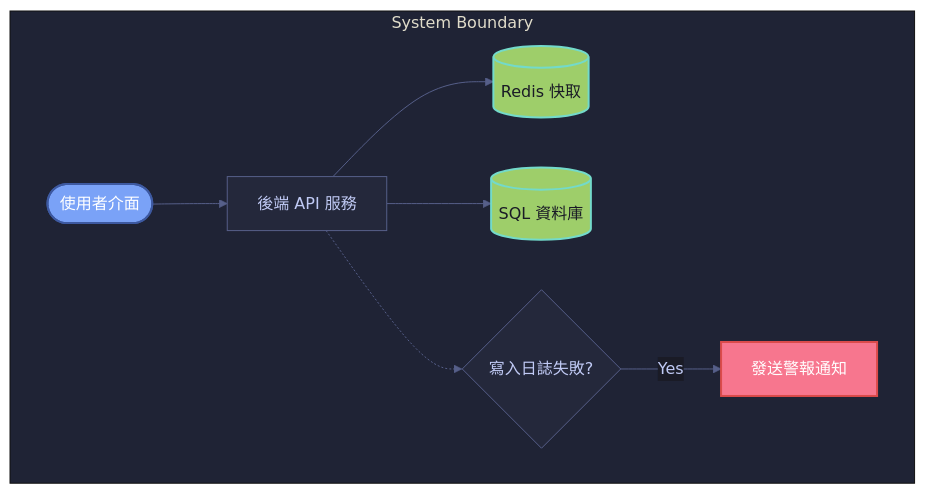
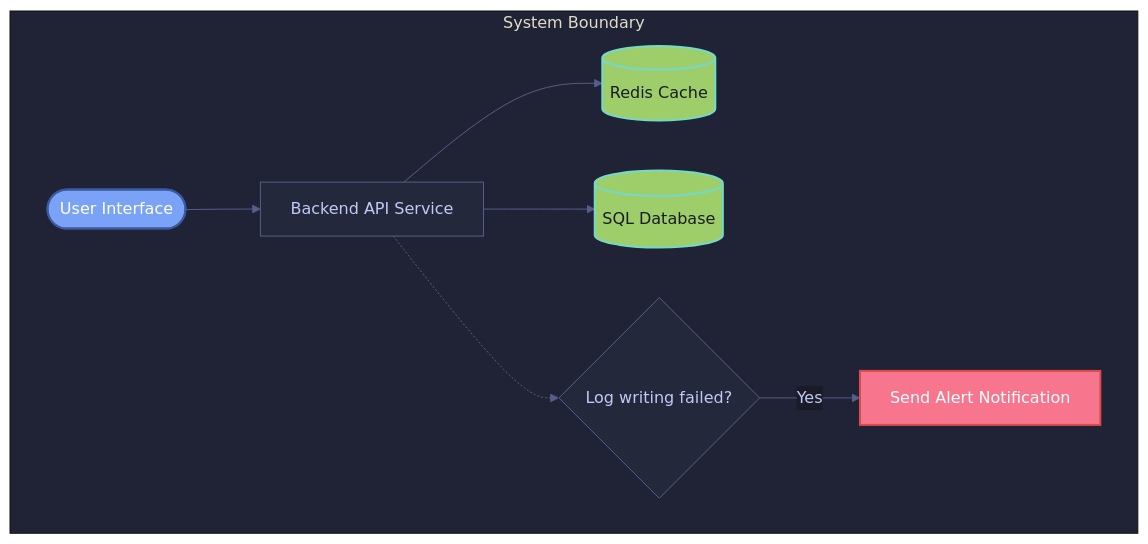
Before and after one commit to jerryyrliu-jpg/my-gemini-skills: the first of 2 diagrams in beautiful-mermaid/SKILL.md, drawn with Mermaid. The commit also changed other lines of this file and 1 other file, not shown here.

Commit message:
docs(beautiful-mermaid): translate skill and readme to English

````diff
--- a/beautiful-mermaid/SKILL.md
+++ b/beautiful-mermaid/SKILL.md
@@ -45,28 +45,28 @@
 ```mermaid
 %%{init: {
   "theme": "base",
   "themeVariables": {
     "fontFamily": "Inter, system-ui, sans-serif",
     "background": "#1a1b26",
     "primaryColor": "#24283b",
     "primaryTextColor": "#c0caf5",
     "lineColor": "#565f89",
     "edgeLabelBackground": "#1a1b26",
     "tertiaryColor": "#1f2335"
   }
 }}%%
 graph TD
-  %% 樣式定義 (ClassDef)
+  %% Style Definitions (ClassDef)
   classDef user fill:#7aa2f7,stroke:#3d59a1,stroke-width:2px,color:#ffffff;
   classDef db fill:#9ece6a,stroke:#73daca,stroke-width:2px,color:#1a1b26;
   classDef process fill:#24283b,stroke:#565f89,stroke-width:1px,color:#c0caf5;
   classDef warning fill:#f7768e,stroke:#db4b4b,stroke-width:2px,color:#ffffff;
 
-  subgraph 系統邊界 [System Boundary]
-    UI([使用者介面]):::user --> API[後端 API 服務]:::process
-    API --> Cache[(Redis 快取)]:::db
-    API --> DB[(SQL 資料庫)]:::db
-    API -.-> Log{寫入日誌失敗?}:::process
-    Log -- Yes --> Alert[發送警報通知]:::warning
+  subgraph System_Boundary [System Boundary]
+    UI([User Interface]):::user --> API[Backend API Service]:::process
+    API --> Cache[(Redis Cache)]:::db
+    API --> DB[(SQL Database)]:::db
+    API -.-> Log{Log writing failed?}:::process
+    Log -- Yes --> Alert[Send Alert Notification]:::warning
   end
 ```
````
